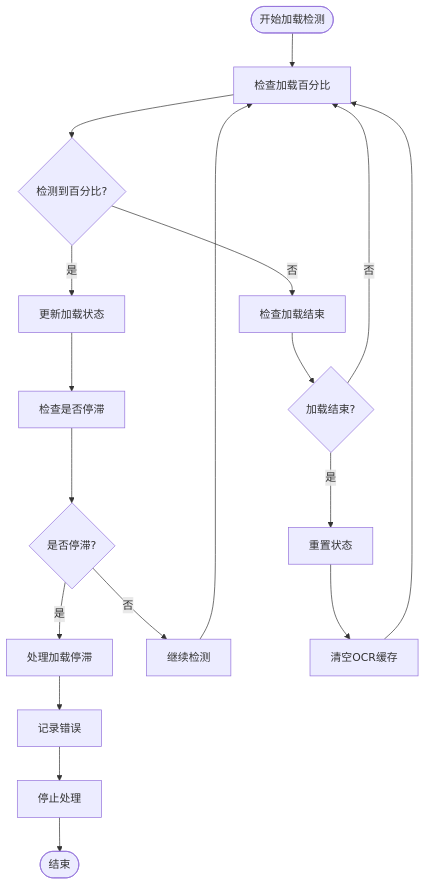
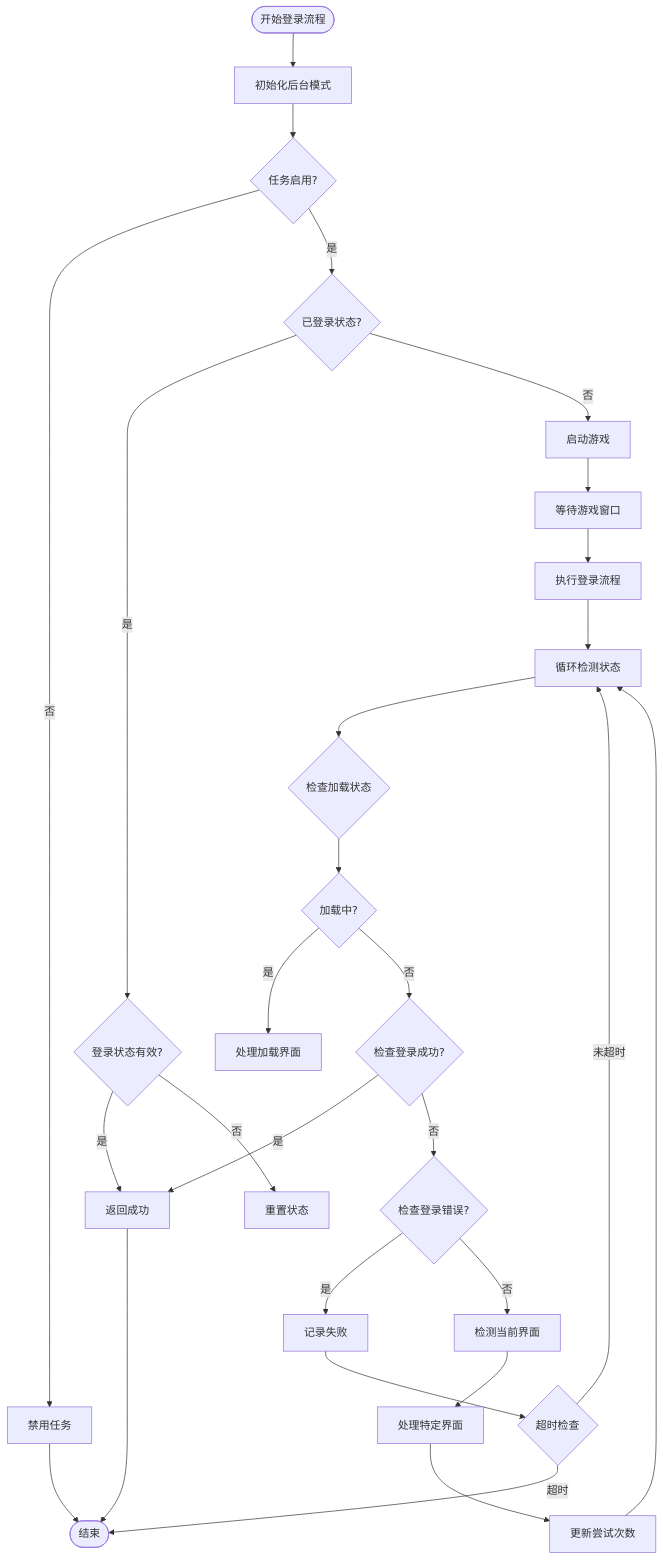
One commit to xsy098-max/ok-jump changed the fifth of 8 diagrams in .qoder/repowiki/zh/content/任务系统/自动登录任务.md. Above: the diagram before and after it, drawn with Mermaid. The commit also changed other lines of this file and 216 other files, not shown here.

````diff
--- a/.qoder/repowiki/zh/content/任务系统/自动登录任务.md
+++ b/.qoder/repowiki/zh/content/任务系统/自动登录任务.md
@@ -396,20 +200,30 @@
 ```mermaid
 flowchart TD
-Start([开始加载检测]) --> CheckLoading[检查加载百分比]
-CheckLoading --> HasPercentage{检测到百分比?}
-HasPercentage --> |是| UpdateState[更新加载状态]
-HasPercentage --> |否| CheckExit[检查加载结束]
-UpdateState --> CheckStuck[检查是否停滞]
-CheckStuck --> IsStuck{是否停滞?}
-IsStuck --> |是| HandleStuck[处理加载停滞]
-IsStuck --> |否| Continue[继续检测]
-Continue --> CheckLoading
-HandleStuck --> RecordError[记录错误]
-RecordError --> StopProcess[停止处理]
-CheckExit --> LoadingEnd{加载结束?}
-LoadingEnd --> |是| ResetState[重置状态]
-LoadingEnd --> |否| CheckLoading
-ResetState --> ClearCache[清空OCR缓存]
-ClearCache --> CheckLoading
-StopProcess --> End([结束])
+Start([开始登录流程]) --> InitBackground["初始化后台模式"]
+InitBackground --> CheckEnable{"任务启用?"}
+CheckEnable --> |否| DisableTask["禁用任务"]
+CheckEnable --> |是| CheckLoggedIn{"已登录状态?"}
+CheckLoggedIn --> |是| CheckSuccess{"登录状态有效?"}
+CheckSuccess --> |是| Success["返回成功"]
+CheckSuccess --> |否| ResetState["重置状态"]
+CheckLoggedIn --> |否| StartGame["启动游戏"]
+StartGame --> WaitWindow["等待游戏窗口"]
+WaitWindow --> ExecuteFlow["执行登录流程"]
+ExecuteFlow --> LoopCheck["循环检测状态"]
+LoopCheck --> CheckLoading{"检查加载状态"}
+CheckLoading --> LoadingState{"加载中?"}
+LoadingState --> |是| HandleLoading["处理加载界面"]
+LoadingState --> |否| CheckSuccess2{"检查登录成功?"}
+CheckSuccess2 --> |是| Success
+CheckSuccess2 --> |否| CheckError{"检查登录错误?"}
+CheckError --> |是| RecordFailure["记录失败"]
+CheckError --> |否| DetectScreen["检测当前界面"]
+DetectScreen --> HandleScreen["处理特定界面"]
+HandleScreen --> UpdateAttempts["更新尝试次数"]
+UpdateAttempts --> LoopCheck
+RecordFailure --> TimeoutCheck{"超时检查"}
+TimeoutCheck --> |超时| End([结束])
+TimeoutCheck --> |未超时| LoopCheck
+DisableTask --> End
+Success --> End
 ```
````
